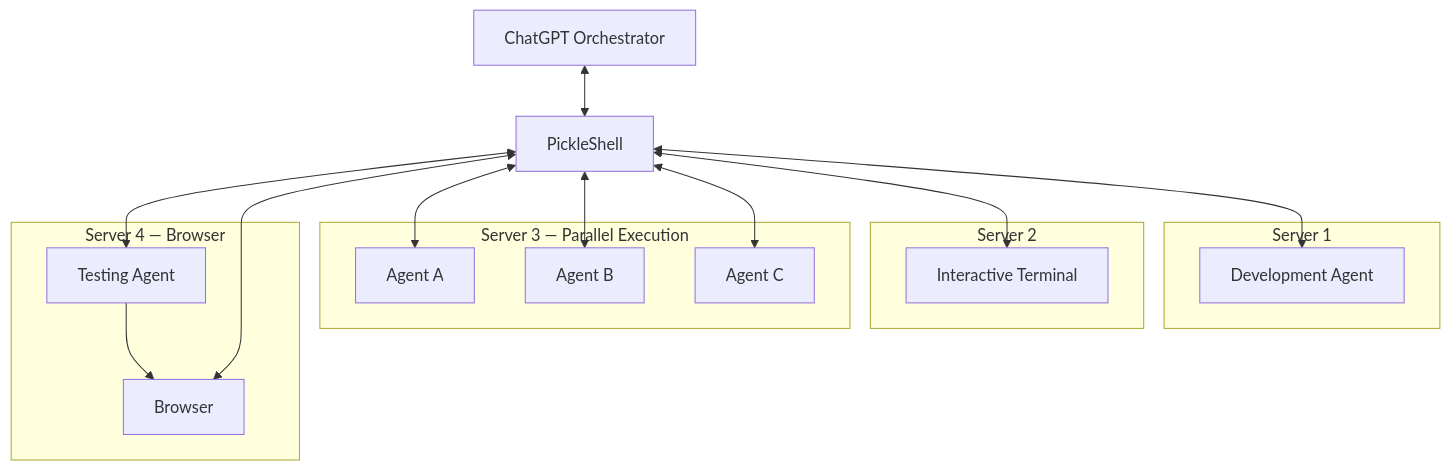
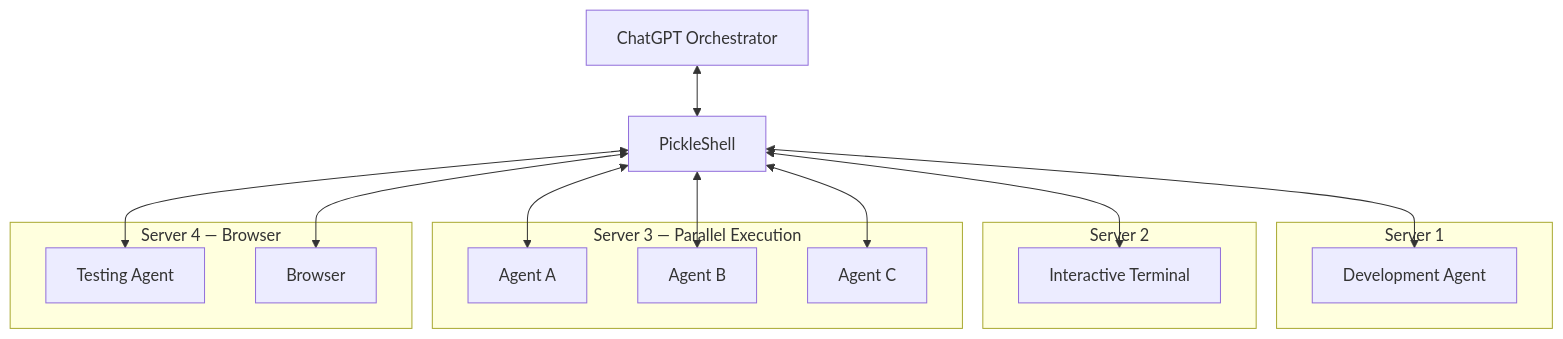
Before and after one commit to pickleshell/pickleshell: the second of 3 diagrams in README.md, drawn with Mermaid.

Commit message:
docs: separate testing agent from browser

````diff
--- a/README.md
+++ b/README.md
@@ -171,35 +171,34 @@
 ```mermaid
 flowchart TB
     C["ChatGPT Orchestrator"]
     P["PickleShell"]
 
     C <--> P
 
     subgraph S1["Server 1"]
         A1["Development Agent"]
     end
 
     subgraph S2["Server 2"]
         T["Interactive Terminal"]
     end
 
     subgraph S3["Server 3 — Parallel Execution"]
         A2["Agent A"]
         A3["Agent B"]
         A4["Agent C"]
     end
 
     subgraph S4["Server 4 — Browser"]
         A5["Testing Agent"]
         B["Browser"]
-        A5 --> B
     end
 
     P <--> A1
     P <--> T
     P <--> A2
     P <--> A3
     P <--> A4
     P <--> A5
     P <--> B
 ```
````
